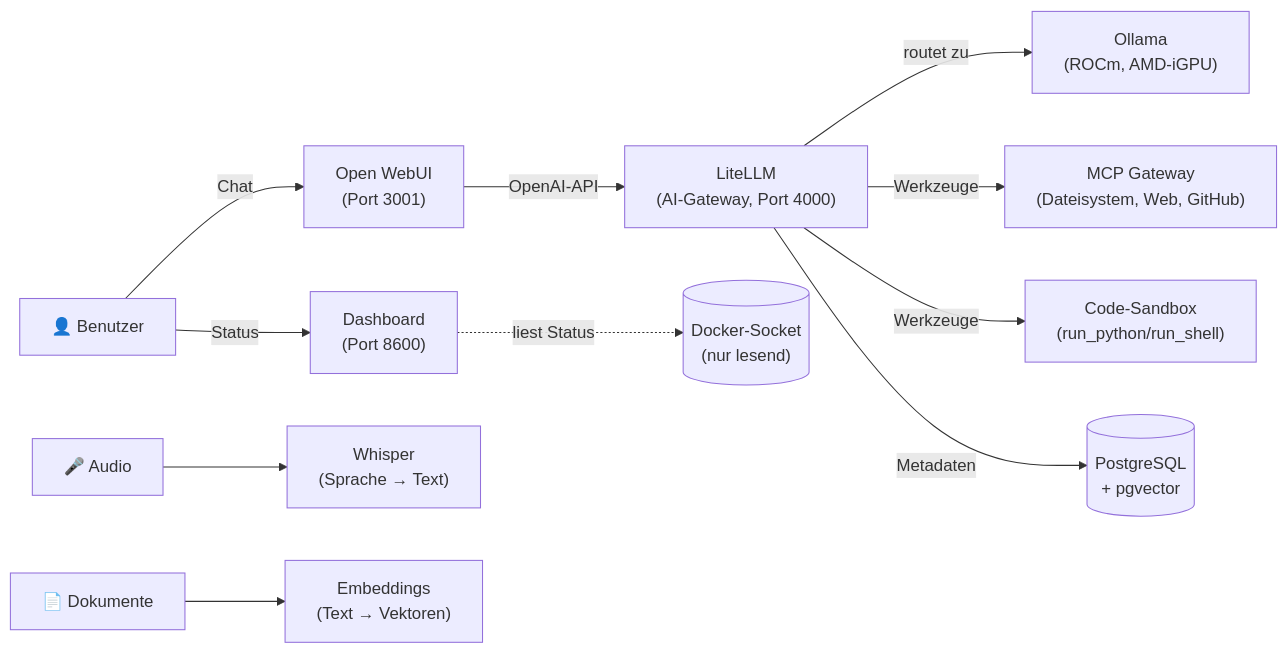
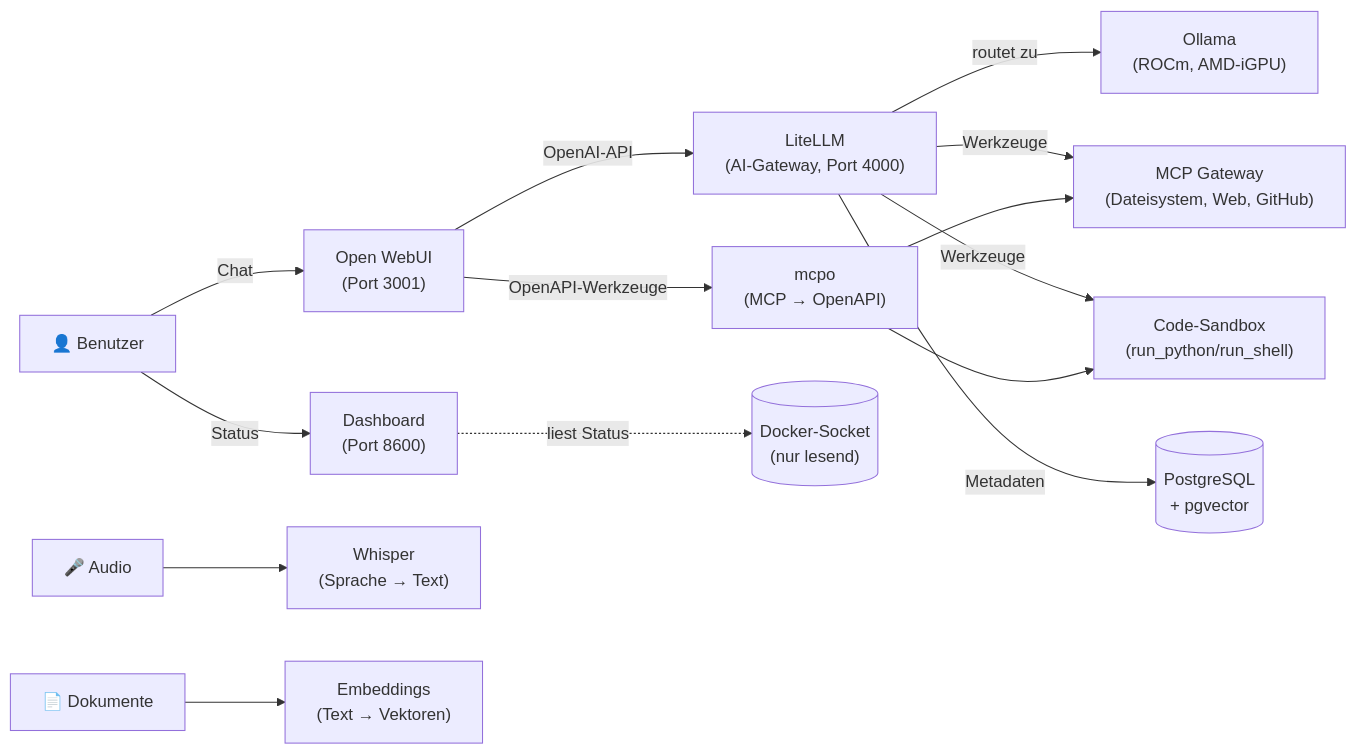
One commit to derBerliner1983/self-hosted-llm-stack changed the first of 2 diagrams in README.md. Above: the diagram before and after it, drawn with Mermaid. The commit also changed other lines of this file and 8 other files, not shown here.

````diff
--- a/README.md
+++ b/README.md
@@ -84,13 +84,16 @@
 ```mermaid
 graph LR
     U["👤 Benutzer"] -->|Chat| W["Open WebUI<br/>(Port 3001)"]
     U -->|Status| DASH["Dashboard<br/>(Port 8600)"]
     W -->|OpenAI-API| L["LiteLLM<br/>(AI-Gateway, Port 4000)"]
+    W -->|OpenAPI-Werkzeuge| MO["mcpo<br/>(MCP → OpenAPI)"]
     L -->|routet zu| O["Ollama<br/>(ROCm, AMD-iGPU)"]
     L -->|Werkzeuge| M["MCP Gateway<br/>(Dateisystem, Web, GitHub)"]
     L -->|Werkzeuge| S["Code-Sandbox<br/>(run_python/run_shell)"]
+    MO --> M
+    MO --> S
     L -->|Metadaten| DB[("PostgreSQL<br/>+ pgvector")]
     A["🎤 Audio"] --> WH["Whisper<br/>(Sprache → Text)"]
     D["📄 Dokumente"] --> E["Embeddings<br/>(Text → Vektoren)"]
     DASH -.->|liest Status| SOCK[("Docker-Socket<br/>(nur lesend)")]
 ```
````
